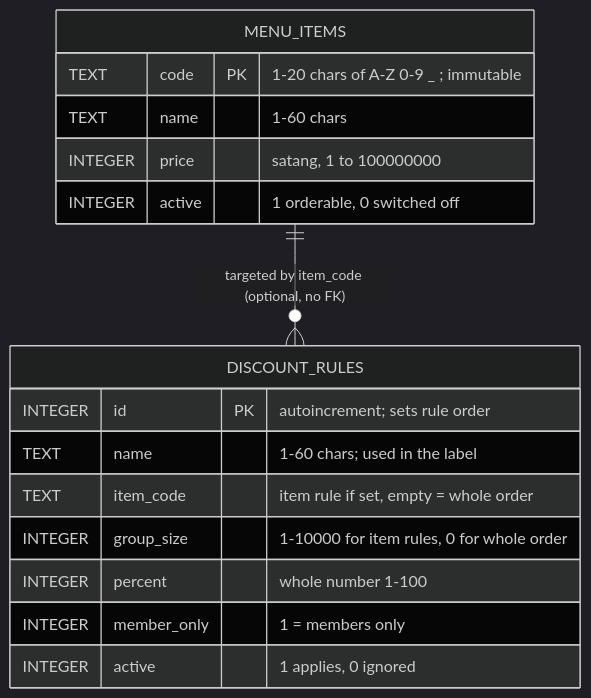
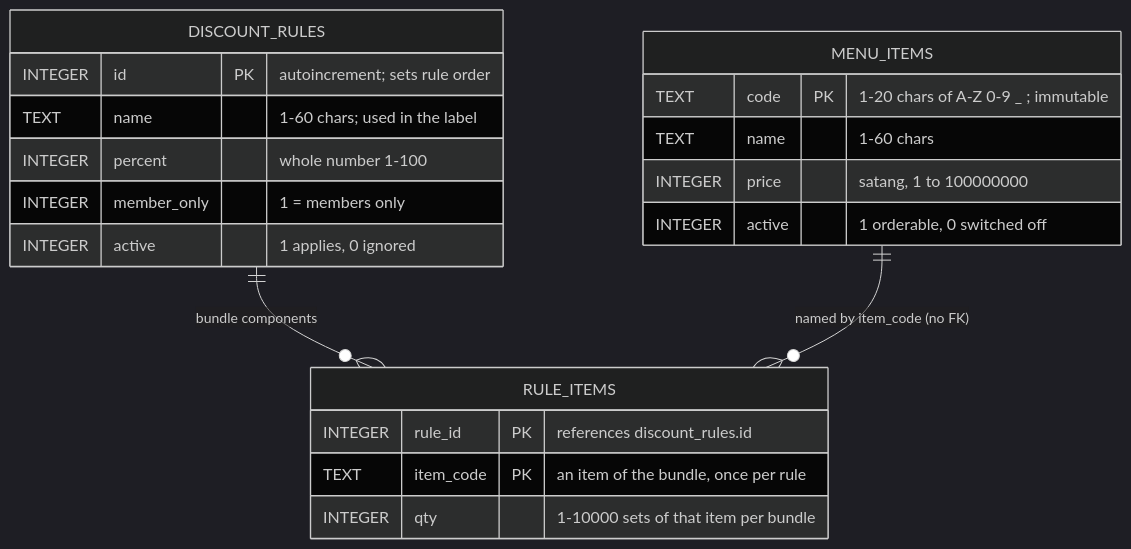
Before and after one commit to Gravizz/freshket: the second of 8 diagrams in docs/ARCHITECTURE.md, drawn with Mermaid (dark theme). The commit also changed other lines of this file and 3 other files, not shown here.

````diff
--- a/docs/ARCHITECTURE.md
+++ b/docs/ARCHITECTURE.md
@@ -66,21 +66,26 @@
 ```mermaid
 erDiagram
-    MENU_ITEMS ||--o{ DISCOUNT_RULES : "targeted by item_code (optional, no FK)"
+    DISCOUNT_RULES ||--o{ RULE_ITEMS : "bundle components"
+    MENU_ITEMS ||--o{ RULE_ITEMS : "named by item_code (no FK)"
 
     MENU_ITEMS {
         TEXT code PK "1-20 chars of A-Z 0-9 _ ; immutable"
         TEXT name "1-60 chars"
         INTEGER price "satang, 1 to 100000000"
         INTEGER active "1 orderable, 0 switched off"
     }
 
     DISCOUNT_RULES {
         INTEGER id PK "autoincrement; sets rule order"
         TEXT name "1-60 chars; used in the label"
-        TEXT item_code "item rule if set, empty = whole order"
-        INTEGER group_size "1-10000 for item rules, 0 for whole order"
         INTEGER percent "whole number 1-100"
         INTEGER member_only "1 = members only"
         INTEGER active "1 applies, 0 ignored"
     }
+
+    RULE_ITEMS {
+        INTEGER rule_id PK "references discount_rules.id"
+        TEXT item_code PK "an item of the bundle, once per rule"
+        INTEGER qty "1-10000 sets of that item per bundle"
+    }
 ```
````
